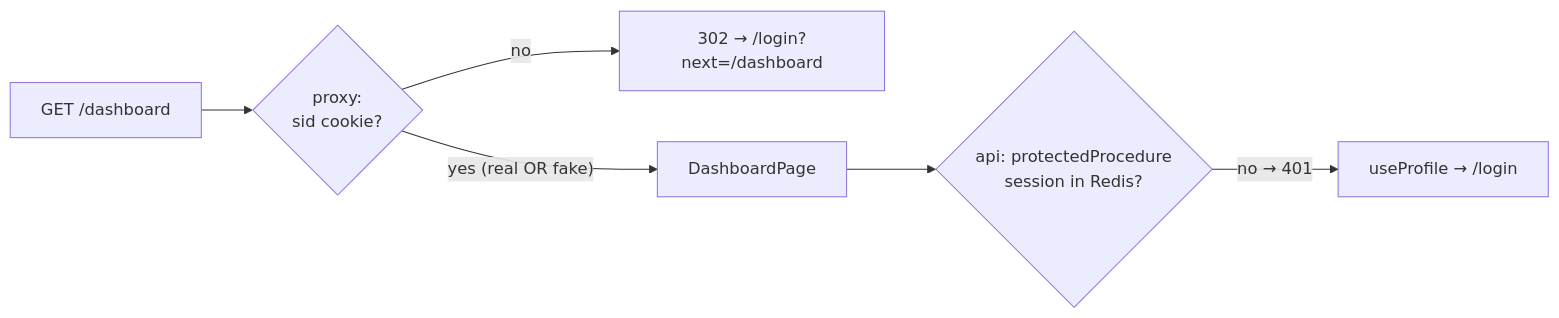
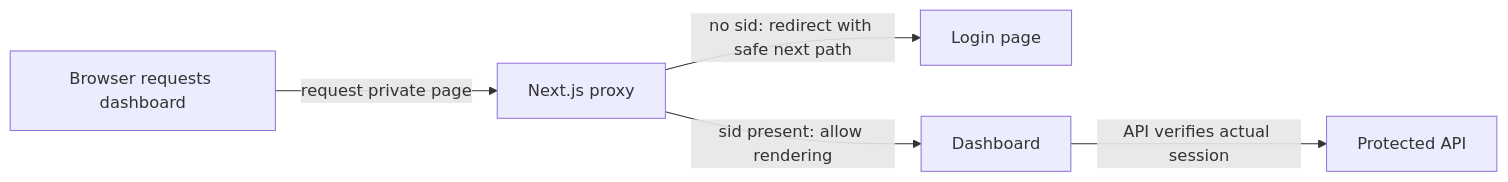
One commit to maheshnd/minitickets changed the diagram in docs/handbook/concepts/route-guard-proxy.md. Above: the diagram before and after it, drawn with Mermaid. The commit also changed other lines of this file and 119 other files, not shown here.

````diff
--- a/docs/handbook/concepts/route-guard-proxy.md
+++ b/docs/handbook/concepts/route-guard-proxy.md
@@ -20,8 +18,7 @@
 ```mermaid
 flowchart LR
-    req["GET /dashboard"] --> p{"proxy:<br/>sid cookie?"}
-    p -->|"no"| login["302 → /login?next=/dashboard"]
-    p -->|"yes (real OR fake)"| page["DashboardPage"]
-    page --> api{"api: protectedProcedure<br/>session in Redis?"}
-    api -->|"no → 401"| back["useProfile → /login"]
+    browser["Browser requests dashboard"] -->|"request private page"| proxy["Next.js proxy"]
+    proxy -->|"no sid: redirect with safe next path"| login["Login page"]
+    proxy -->|"sid present: allow rendering"| page["Dashboard"]
+    page -->|"API verifies actual session"| api["Protected API"]
 ```
````
